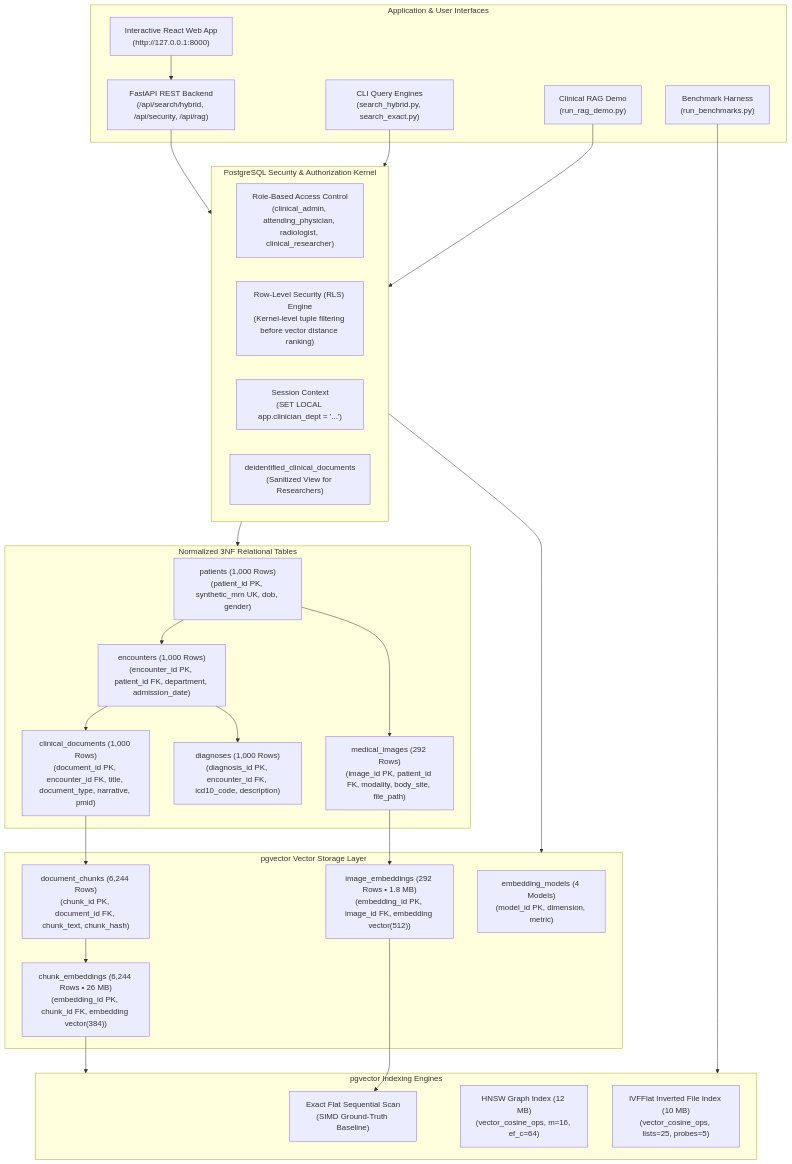
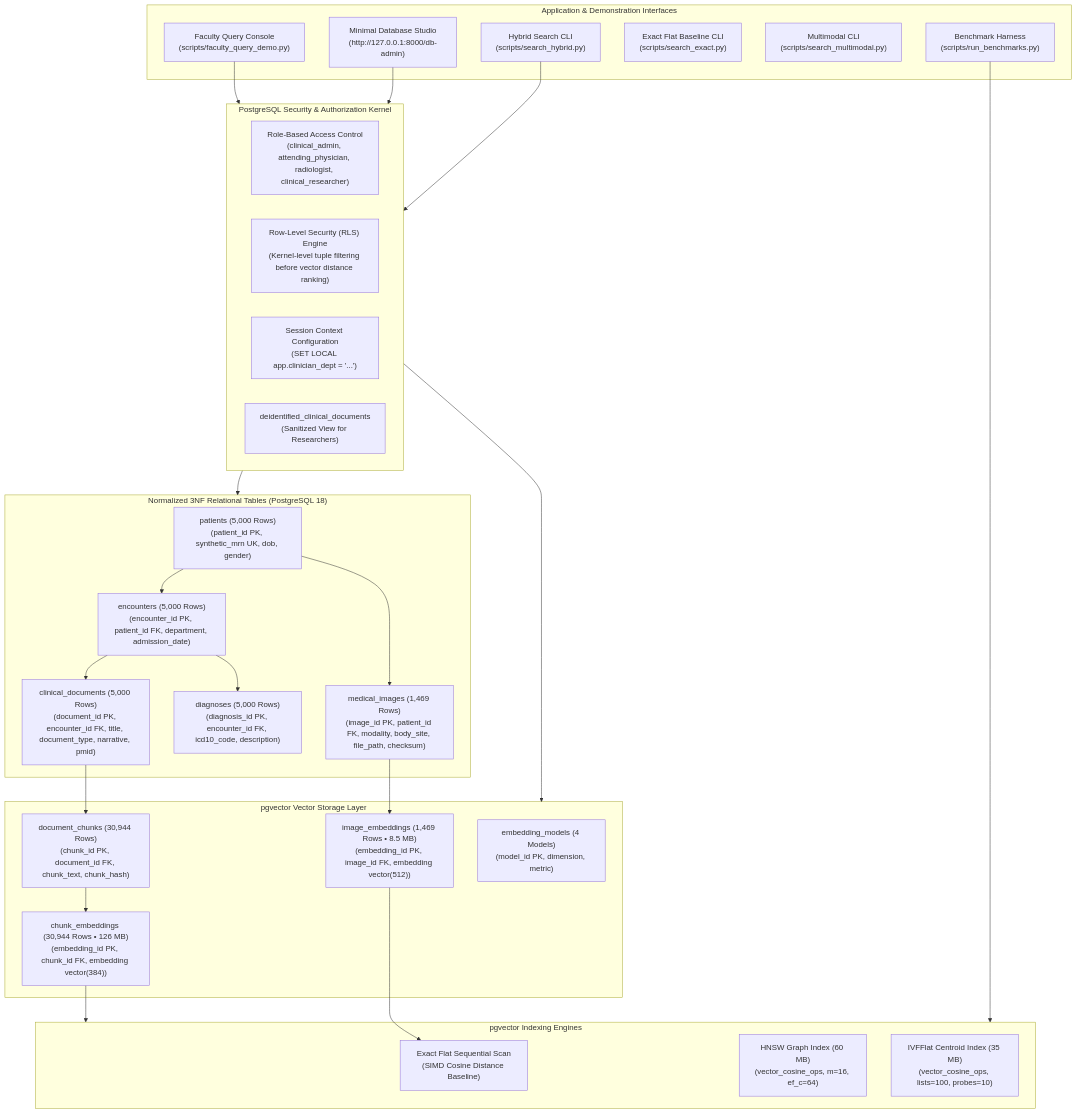
The diagram in README.md (Shobhit-20-04/HybridHealthcareVectorDB), drawn with Mermaid before and after one commit. The commit also changed other lines of this file, not shown here.

First line of the commit message:
docs: update README with 5000-cohort scale, macOS Apple Silicon support, and clean architecture

````diff
--- a/README.md
+++ b/README.md
@@ -19,53 +20,54 @@
 ```mermaid
 flowchart TD
-    subgraph ClientLayer["Application & User Interfaces"]
-        WebUI["Interactive React Web App\n(http://127.0.0.1:8000)"]
-        FastAPI_App["FastAPI REST Backend\n(/api/search/hybrid, /api/security, /api/rag)"]
-        CLI_Hybrid["CLI Query Engines\n(search_hybrid.py, search_exact.py)"]
-        CLI_RAG["Clinical RAG Demo\n(run_rag_demo.py)"]
-        Bench["Benchmark Harness\n(run_benchmarks.py)"]
+    subgraph ClientLayer["Application & Demonstration Interfaces"]
+        CLI_Console["Faculty Query Console\n(scripts/faculty_query_demo.py)"]
+        SQL_Studio["Minimal Database Studio\n(http://127.0.0.1:8000/db-admin)"]
+        CLI_Hybrid["Hybrid Search CLI\n(scripts/search_hybrid.py)"]
+        CLI_Exact["Exact Flat Baseline CLI\n(scripts/search_exact.py)"]
+        CLI_Multimodal["Multimodal CLI\n(scripts/search_multimodal.py)"]
+        Bench["Benchmark Harness\n(scripts/run_benchmarks.py)"]
     end
 
     subgraph SecurityKernel["PostgreSQL Security & Authorization Kernel"]
         RBAC["Role-Based Access Control\n(clinical_admin, attending_physician, radiologist, clinical_researcher)"]
         RLS["Row-Level Security (RLS) Engine\n(Kernel-level tuple filtering before vector distance ranking)"]
-        SessionCtx["Session Context\n(SET LOCAL app.clinician_dept = '...')"]
+        SessionCtx["Session Context Configuration\n(SET LOCAL app.clinician_dept = '...')"]
         DeidView["deidentified_clinical_documents\n(Sanitized View for Researchers)"]
     end
 
-    subgraph RelationalCore["Normalized 3NF Relational Tables"]
-        Patients["patients (1,000 Rows)\n(patient_id PK, synthetic_mrn UK, dob, gender)"]
-        Encounters["encounters (1,000 Rows)\n(encounter_id PK, patient_id FK, department, admission_date)"]
-        Diagnoses["diagnoses (1,000 Rows)\n(diagnosis_id PK, encounter_id FK, icd10_code, description)"]
-        Documents["clinical_documents (1,000 Rows)\n(document_id PK, encounter_id FK, title, document_type, narrative, pmid)"]
-        Images["medical_images (292 Rows)\n(image_id PK, patient_id FK, modality, body_site, file_path)"]
+    subgraph RelationalCore["Normalized 3NF Relational Tables (PostgreSQL 18)"]
+        Patients["patients (5,000 Rows)\n(patient_id PK, synthetic_mrn UK, dob, gender)"]
+        Encounters["encounters (5,000 Rows)\n(encounter_id PK, patient_id FK, department, admission_date)"]
+        Diagnoses["diagnoses (5,000 Rows)\n(diagnosis_id PK, encounter_id FK, icd10_code, description)"]
+        Documents["clinical_documents (5,000 Rows)\n(document_id PK, encounter_id FK, title, document_type, narrative, pmid)"]
+        Images["medical_images (1,469 Rows)\n(image_id PK, patient_id FK, modality, body_site, file_path, checksum)"]
     end
 
     subgraph VectorCore["pgvector Vector Storage Layer"]
         ModelRegistry["embedding_models (4 Models)\n(model_id PK, dimension, metric)"]
-        Chunks["document_chunks (6,244 Rows)\n(chunk_id PK, document_id FK, chunk_text, chunk_hash)"]
-        TextEmbed["chunk_embeddings (6,244 Rows • 26 MB)\n(embedding_id PK, chunk_id FK, embedding vector(384))"]
-        ImageEmbed["image_embeddings (292 Rows • 1.8 MB)\n(embedding_id PK, image_id FK, embedding vector(512))"]
+        Chunks["document_chunks (30,944 Rows)\n(chunk_id PK, document_id FK, chunk_text, chunk_hash)"]
+        TextEmbed["chunk_embeddings (30,944 Rows • 126 MB)\n(embedding_id PK, chunk_id FK, embedding vector(384))"]
+        ImageEmbed["image_embeddings (1,469 Rows • 8.5 MB)\n(embedding_id PK, image_id FK, embedding vector(512))"]
     end
 
     subgraph IndexEngines["pgvector Indexing Engines"]
-        FlatScan["Exact Flat Sequential Scan\n(SIMD Ground-Truth Baseline)"]
-        HNSW["HNSW Graph Index (12 MB)\n(vector_cosine_ops, m=16, ef_c=64)"]
-        IVFFlat["IVFFlat Inverted File Index (10 MB)\n(vector_cosine_ops, lists=25, probes=5)"]
+        FlatScan["Exact Flat Sequential Scan\n(SIMD Cosine Distance Baseline)"]
+        HNSW["HNSW Graph Index (60 MB)\n(vector_cosine_ops, m=16, ef_c=64)"]
+        IVFFlat["IVFFlat Centroid Index (35 MB)\n(vector_cosine_ops, lists=100, probes=10)"]
     end
 
-    WebUI --> FastAPI_App --> SecurityKernel
+    CLI_Console --> SecurityKernel
+    SQL_Studio --> SecurityKernel
     CLI_Hybrid --> SecurityKernel
-    CLI_RAG --> SecurityKernel
     Bench --> IndexEngines
 
     SecurityKernel --> RelationalCore
     SecurityKernel --> VectorCore
 
     Patients --> Encounters --> Documents --> Chunks --> TextEmbed
     Encounters --> Diagnoses
     Patients --> Images --> ImageEmbed
 
     TextEmbed --> IndexEngines
     ImageEmbed --> FlatScan
 ```
````
